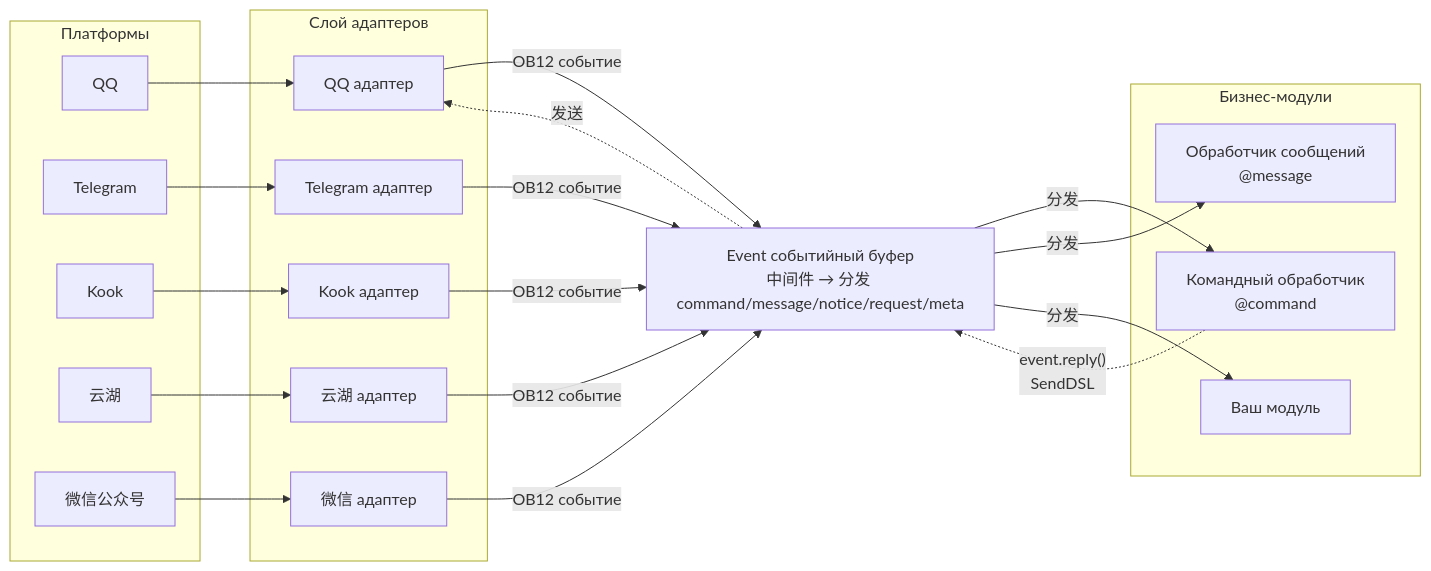
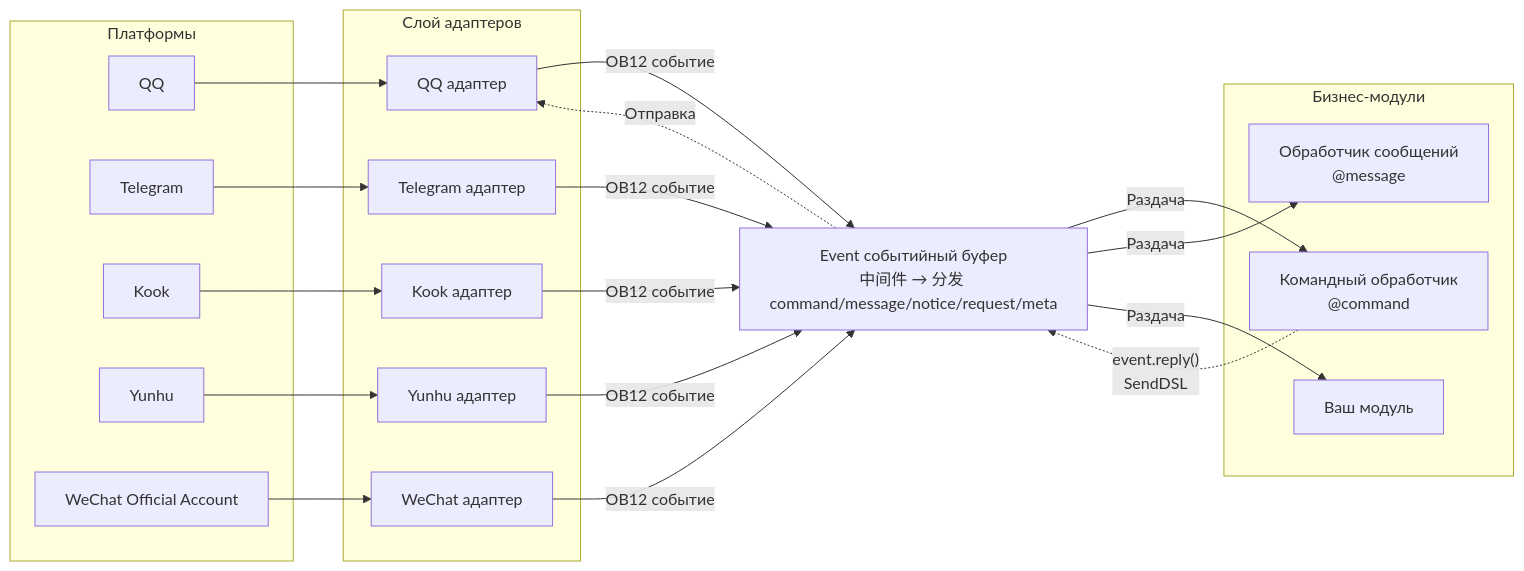
The first of 2 diagrams in README.ru.md (ErisPulse/ErisPulse), drawn with Mermaid before and after one commit. The commit also changed other lines of this file and 622 other files, not shown here.

````diff
--- a/README.ru.md
+++ b/README.ru.md
@@ -152,45 +152,45 @@
 ```mermaid
 graph LR
     subgraph Platforms[Платформы]
         QQ["QQ"]
         TG["Telegram"]
         Kook["Kook"]
-        YH["云湖"]
-        WX["微信公众号"]
+        YH["Yunhu"]
+        WX["WeChat Official Account"]
     end
 
     subgraph Adapters[Слой адаптеров]
         A1["QQ адаптер"]
         A2["Telegram адаптер"]
         A3["Kook адаптер"]
-        A4["云湖 адаптер"]
-        A5["微信 адаптер"]
+        A4["Yunhu адаптер"]
+        A5["WeChat адаптер"]
     end
 
     Event["Event событийный буфер<br/>中间件 → 分发 command/message/notice/request/meta"]
 
     subgraph Modules[Бизнес-модули]
         M1["Командный обработчик<br/>@command"]
         M2["Обработчик сообщений<br/>@message"]
         M3["Ваш модуль"]
     end
 
     QQ --> A1
     TG --> A2
     Kook --> A3
     YH --> A4
     WX --> A5
 
     A1 -->|"OB12 событие"| Event
     A2 -->|"OB12 событие"| Event
     A3 -->|"OB12 событие"| Event
     A4 -->|"OB12 событие"| Event
     A5 -->|"OB12 событие"| Event
 
-    Event -->|"分发"| M1
-    Event -->|"分发"| M2
-    Event -->|"分发"| M3
+    Event -->|"Раздача"| M1
+    Event -->|"Раздача"| M2
+    Event -->|"Раздача"| M3
 
     M1 -.->|"event.reply()<br/>SendDSL"| Event
-    Event -.->|"发送"| A1
+    Event -.->|"Отправка"| A1
 ```
````
